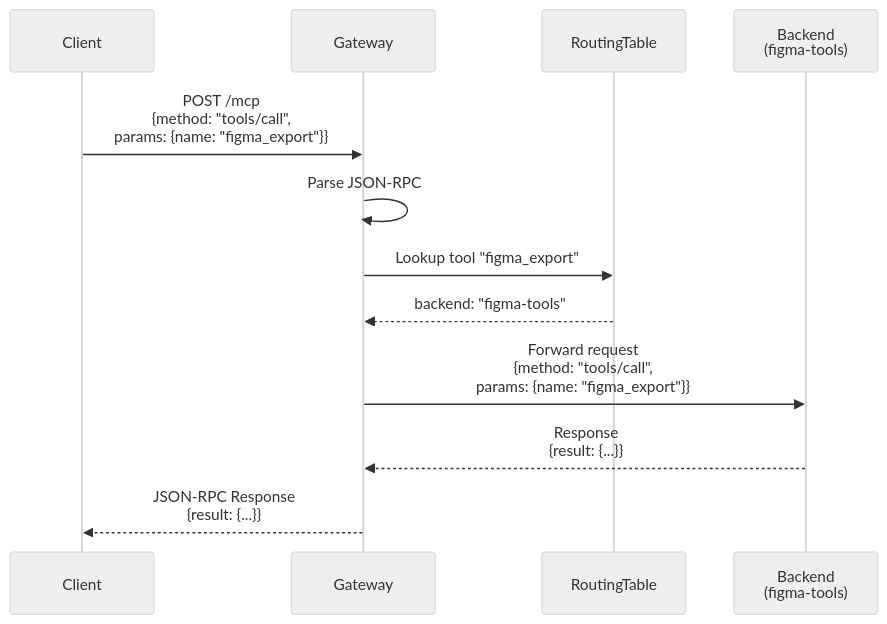
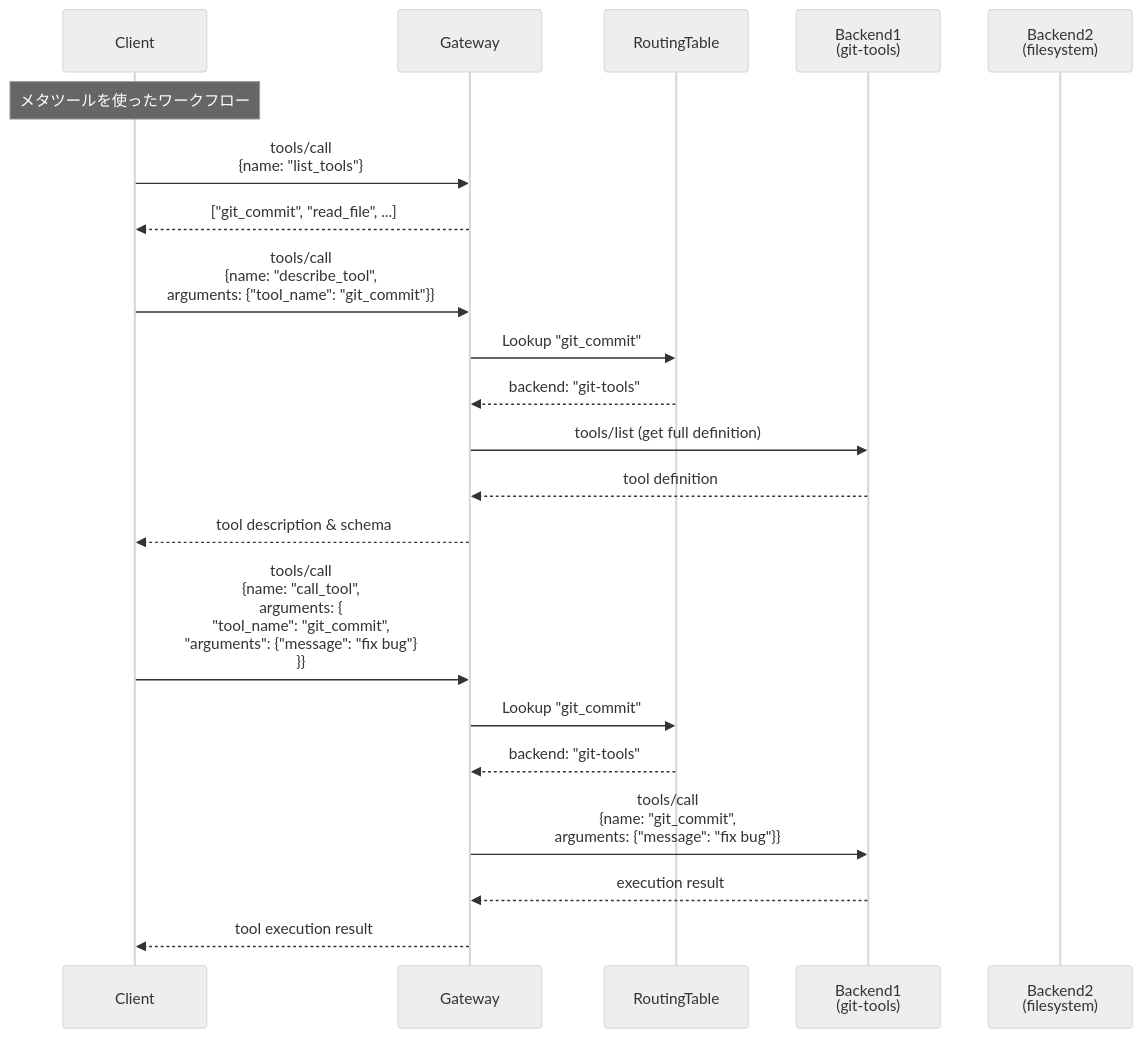
The second of 3 diagrams in docs/gateway.md (takutakahashi/awesome-mcp-proxy), drawn with Mermaid (neutral theme) before and after one commit. The commit also changed other lines of this file and 1 other file, not shown here.

First line of the commit message:
feat: Implement meta-tool architecture for MCP Gateway

````diff
--- a/docs/gateway.md
+++ b/docs/gateway.md
@@ -294,20 +381,27 @@
 ```mermaid
 sequenceDiagram
     participant C as Client
     participant GW as Gateway
     participant RT as RoutingTable
-    participant B as Backend<br/>(figma-tools)
+    participant B1 as Backend1<br/>(git-tools)
+    participant B2 as Backend2<br/>(filesystem)
 
-    C->>GW: POST /mcp<br/>{method: "tools/call",<br/>params: {name: "figma_export"}}
+    Note over C: メタツールを使ったワークフロー
     
-    GW->>GW: Parse JSON-RPC
+    C->>GW: tools/call<br/>{name: "list_tools"}
+    GW-->>C: ["git_commit", "read_file", ...]
     
-    GW->>RT: Lookup tool "figma_export"
-    RT-->>GW: backend: "figma-tools"
+    C->>GW: tools/call<br/>{name: "describe_tool",<br/>arguments: {"tool_name": "git_commit"}}
+    GW->>RT: Lookup "git_commit"
+    RT-->>GW: backend: "git-tools"
+    GW->>B1: tools/list (get full definition)
+    B1-->>GW: tool definition
+    GW-->>C: tool description & schema
     
-    GW->>B: Forward request<br/>{method: "tools/call",<br/>params: {name: "figma_export"}}
-    
-    B-->>GW: Response<br/>{result: {...}}
-    
-    GW-->>C: JSON-RPC Response<br/>{result: {...}}
+    C->>GW: tools/call<br/>{name: "call_tool",<br/>arguments: {<br/>  "tool_name": "git_commit",<br/>  "arguments": {"message": "fix bug"}<br/>}}
+    GW->>RT: Lookup "git_commit"
+    RT-->>GW: backend: "git-tools"
+    GW->>B1: tools/call<br/>{name: "git_commit",<br/>arguments: {"message": "fix bug"}}
+    B1-->>GW: execution result
+    GW-->>C: tool execution result
 ```
````
